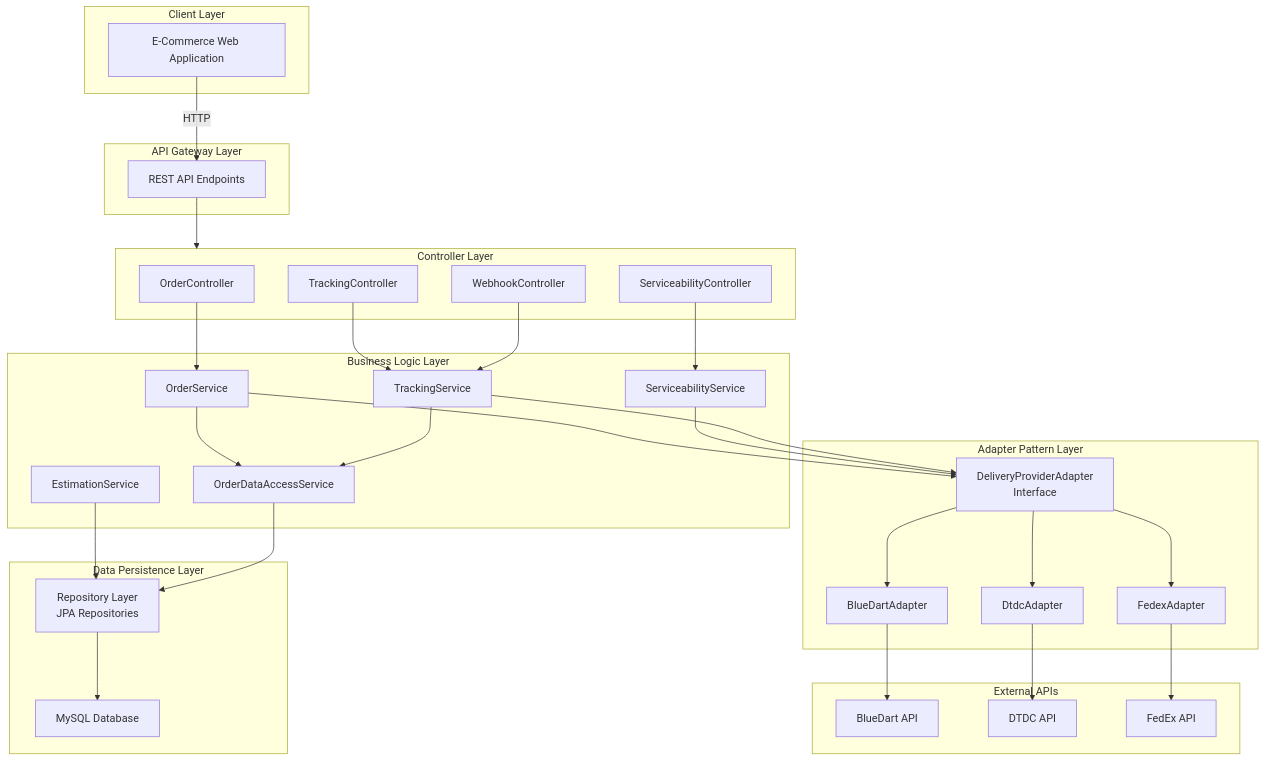
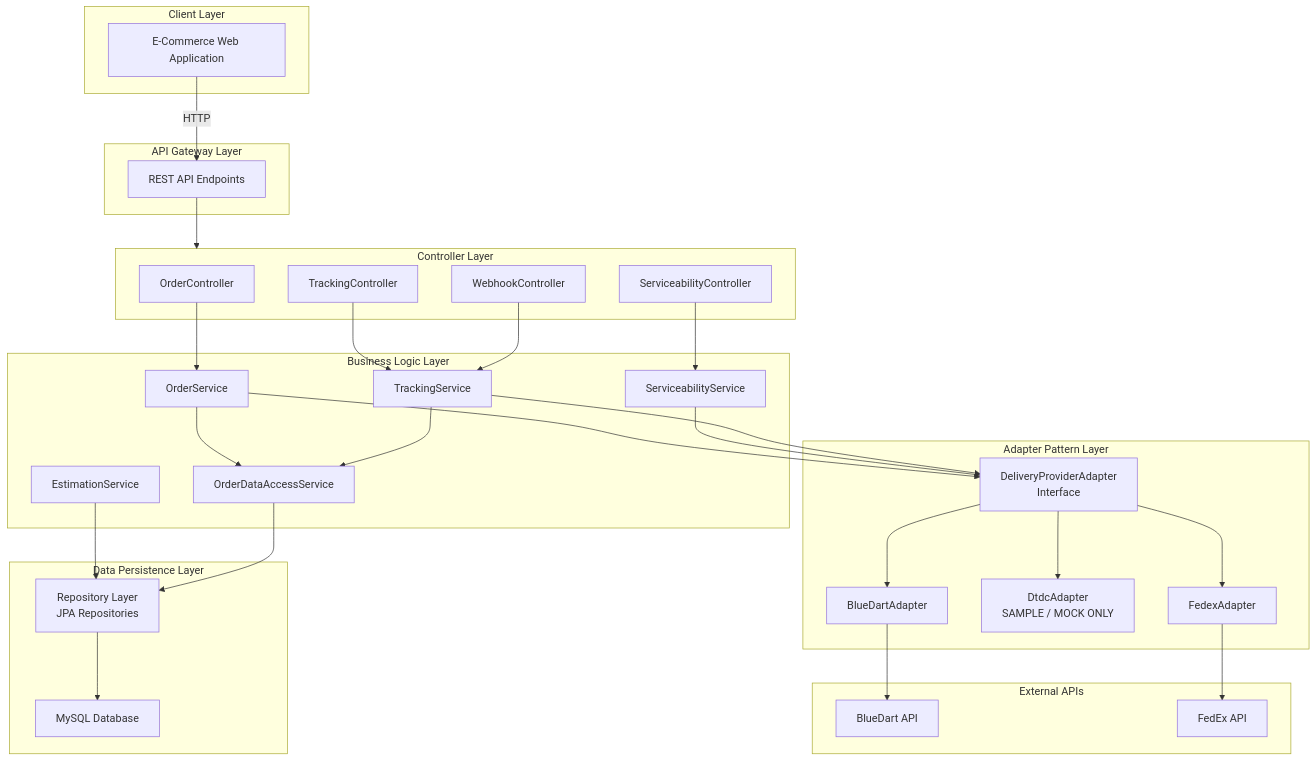
Before and after one commit to amanxdeep/route-mind: the first of 8 diagrams in ARCHITECTURE.md, drawn with Mermaid. The commit also changed other lines of this file and 10 other files, not shown here.

````diff
--- a/ARCHITECTURE.md
+++ b/ARCHITECTURE.md
@@ -7,69 +9,67 @@
 ```mermaid
 graph TB
     subgraph Client["Client Layer"]
         WebApp["E-Commerce Web Application"]
     end
     
     subgraph API["API Gateway Layer"]
         REST["REST API Endpoints"]
     end
     
     subgraph Controllers["Controller Layer"]
         OrderCtrl["OrderController"]
         ServiceCtrl["ServiceabilityController"]
         TrackCtrl["TrackingController"]
         WebhookCtrl["WebhookController"]
     end
     
     subgraph Services["Business Logic Layer"]
         OrderSvc["OrderService"]
         ServiceabilitySvc["ServiceabilityService"]
         TrackingSvc["TrackingService"]
         EstimationSvc["EstimationService"]
         DataAccessSvc["OrderDataAccessService"]
     end
     
     subgraph Adapters["Adapter Pattern Layer"]
         AdapterInterface["DeliveryProviderAdapter<br/>Interface"]
         BlueDartImpl["BlueDartAdapter"]
-        DtdcImpl["DtdcAdapter"]
+        DtdcImpl["DtdcAdapter<br/>SAMPLE / MOCK ONLY"]
         FedexImpl["FedexAdapter"]
     end
     
     subgraph ExternalAPIs["External APIs"]
         BlueDartAPI["BlueDart API"]
-        DtdcAPI["DTDC API"]
         FedexAPI["FedEx API"]
     end
     
     subgraph Persistence["Data Persistence Layer"]
         Repos["Repository Layer<br/>JPA Repositories"]
         MySQL["MySQL Database"]
     end
     
     WebApp -->|HTTP| REST
     REST --> Controllers
     
     OrderCtrl --> OrderSvc
     ServiceCtrl --> ServiceabilitySvc
     TrackCtrl --> TrackingSvc
     WebhookCtrl --> TrackingSvc
     
     OrderSvc --> AdapterInterface
     ServiceabilitySvc --> AdapterInterface
     TrackingSvc --> AdapterInterface
     EstimationSvc --> Repos
     DataAccessSvc --> Repos
     
     AdapterInterface --> BlueDartImpl
     AdapterInterface --> DtdcImpl
     AdapterInterface --> FedexImpl
     
     BlueDartImpl --> BlueDartAPI
-    DtdcImpl --> DtdcAPI
     FedexImpl --> FedexAPI
     
     OrderSvc --> DataAccessSvc
     TrackingSvc --> DataAccessSvc
     Repos --> MySQL
 ```
````
